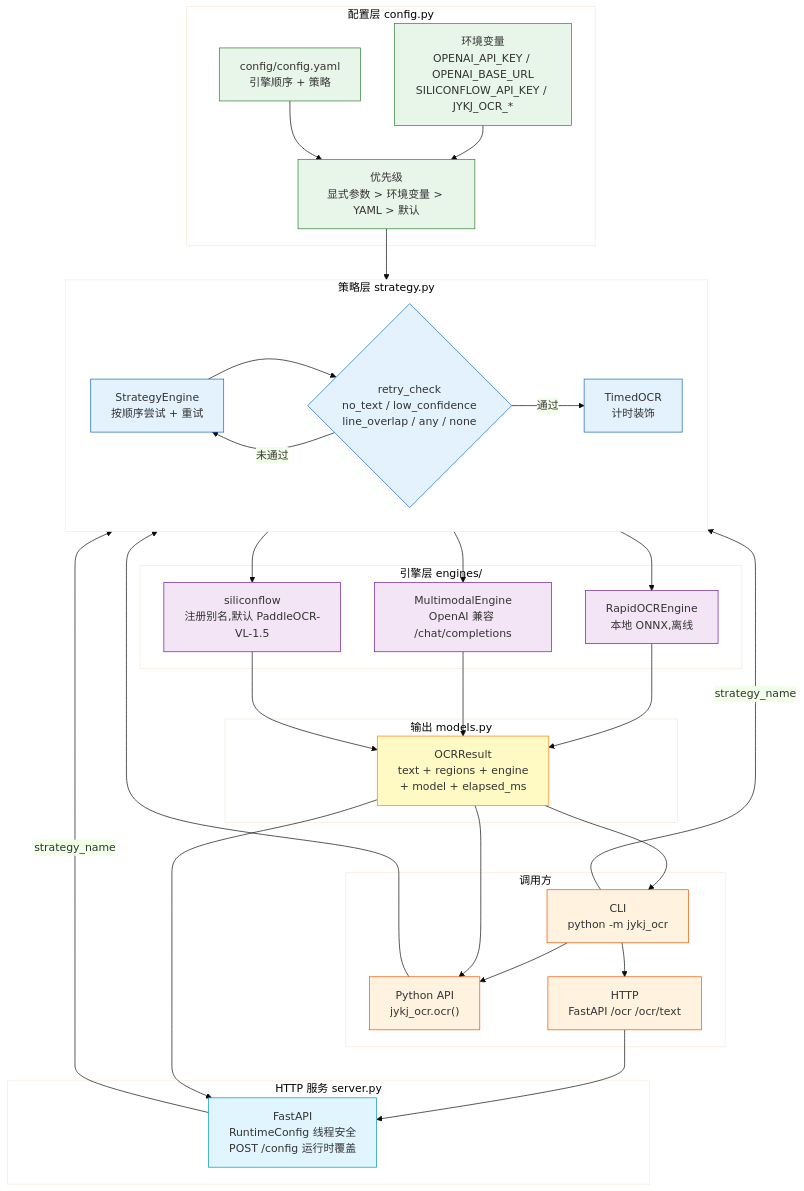
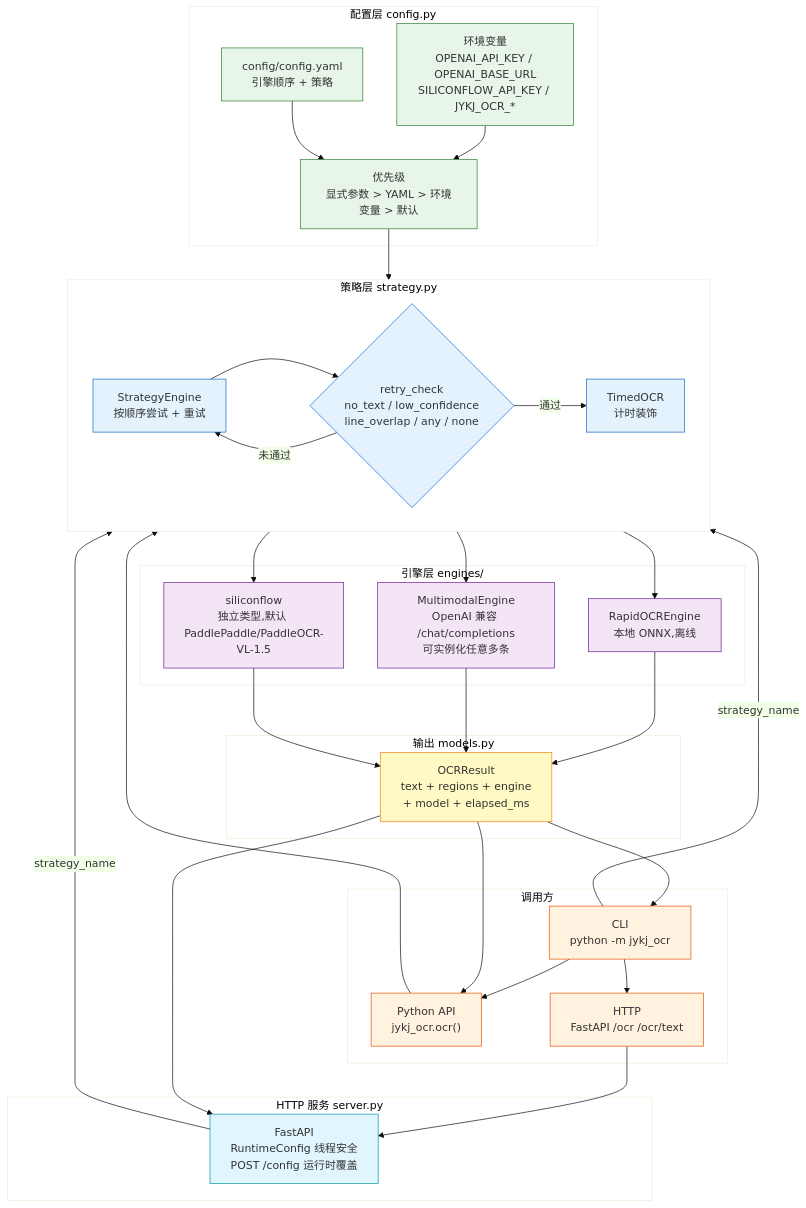
Before and after one commit to yejinlei/jykj-ocr: the first of 15 diagrams in docs/manual.md, drawn with Mermaid. The commit also changed other lines of this file and 19 other files, not shown here.

````diff
--- a/docs/manual.md
+++ b/docs/manual.md
@@ -22,73 +22,73 @@
 ```mermaid
 %%{init: {"theme": "base", "themeVariables": {"primaryColor": "#e8f1ff", "fontFamily": "SimHei, Microsoft YaHei, sans-serif"}}}%%
 flowchart TB
     subgraph CLIENT["调用方"]
         CLI["CLI<br/>python -m jykj_ocr"]
         PYAPI["Python API<br/>jykj_ocr.ocr()"]
         HTTP["HTTP<br/>FastAPI /ocr /ocr/text"]
     end
 
     subgraph CONFIG["配置层 config.py"]
         ENV["环境变量<br/>OPENAI_API_KEY / OPENAI_BASE_URL<br/>SILICONFLOW_API_KEY / JYKJ_OCR_*"]
         YAML["config/config.yaml<br/>引擎顺序 + 策略"]
-        PREC["优先级<br/>显式参数 > 环境变量 > YAML > 默认"]
+        PREC["优先级<br/>显式参数 > YAML > 环境变量 > 默认"]
         ENV --> PREC
         YAML --> PREC
     end
 
     subgraph ORCH["策略层 strategy.py"]
         STRAT["StrategyEngine<br/>按顺序尝试 + 重试"]
         RETRY{"retry_check<br/>no_text / low_confidence<br/>line_overlap / any / none"}
         TIMED["TimedOCR<br/>计时装饰"]
         STRAT --> RETRY
         RETRY -->|未通过| STRAT
         RETRY -->|通过| TIMED
     end
 
     subgraph ENGINES["引擎层 engines/"]
         RAPID["RapidOCREngine<br/>本地 ONNX,离线"]
-        MULTI["MultimodalEngine<br/>OpenAI 兼容 /chat/completions"]
-        SF["siliconflow<br/>注册别名,默认 PaddleOCR-VL-1.5"]
+        MULTI["MultimodalEngine<br/>OpenAI 兼容 /chat/completions<br/>可实例化任意多条"]
+        SF["siliconflow<br/>独立类型,默认 PaddlePaddle/PaddleOCR-VL-1.5"]
     end
 
     subgraph OUTPUT["输出 models.py"]
         RESULT["OCRResult<br/>text + regions + engine<br/>+ model + elapsed_ms"]
     end
 
     subgraph SERVER["HTTP 服务 server.py"]
         APP["FastAPI<br/>RuntimeConfig 线程安全<br/>POST /config 运行时覆盖"]
     end
 
     CLI --> PYAPI
     CLI --> HTTP
     HTTP --> APP
     APP -->|strategy_name| ORCH
     PYAPI --> ORCH
     CLI -->|strategy_name| ORCH
     PREC --> ORCH
 
     ORCH --> RAPID
     ORCH --> MULTI
     ORCH --> SF
 
     RAPID --> RESULT
     MULTI --> RESULT
     SF --> RESULT
     RESULT --> APP
     RESULT --> PYAPI
     RESULT --> CLI
 
     classDef client fill:#fff3e0,stroke:#e65100
     classDef config fill:#e8f5e9,stroke:#2e7d32
     classDef orch fill:#e3f2fd,stroke:#1565c0
     classDef eng fill:#f3e5f5,stroke:#6a1b9a
     classDef output fill:#fff9c4,stroke:#f57f17
     classDef server fill:#e1f5fe,stroke:#0097a7
 
     class CLI,PYAPI,HTTP client
     class ENV,YAML,PREC config
     class STRAT,RETRY,TIMED orch
     class RAPID,MULTI,SF eng
     class RESULT output
     class APP server
 ```
````
